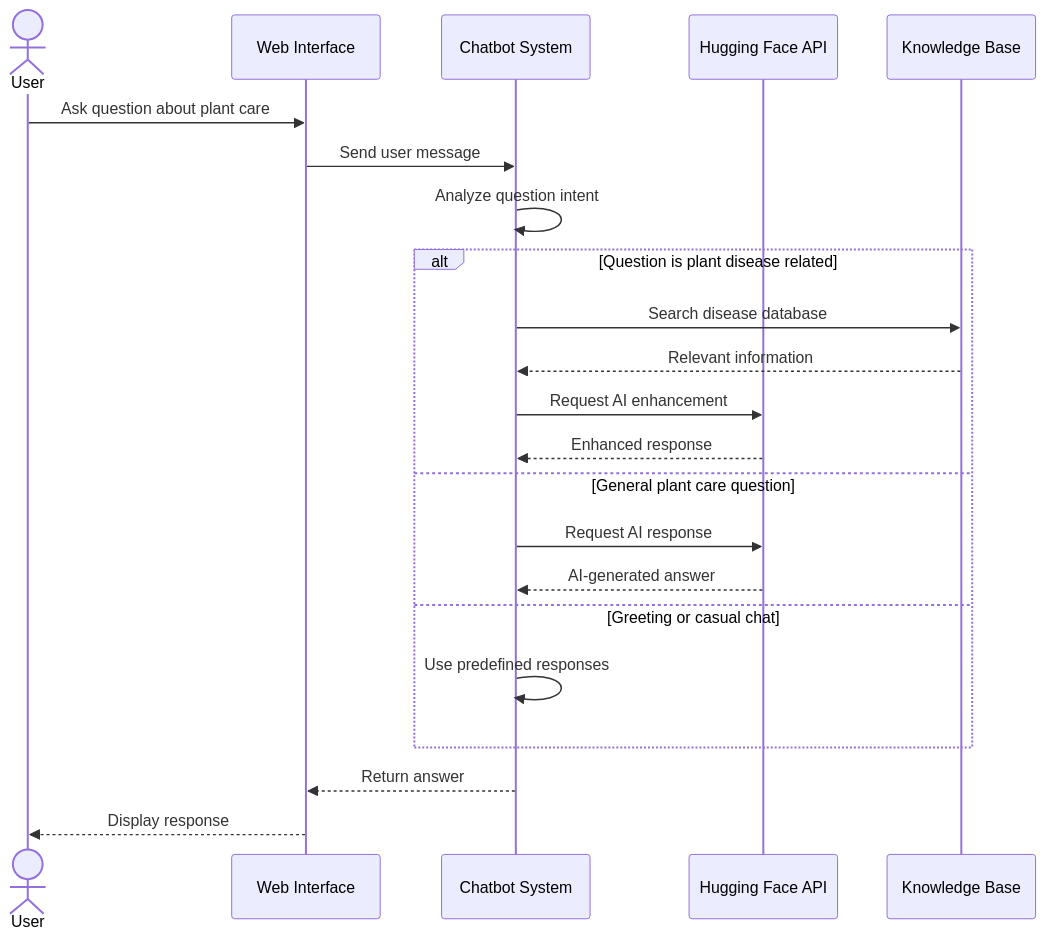
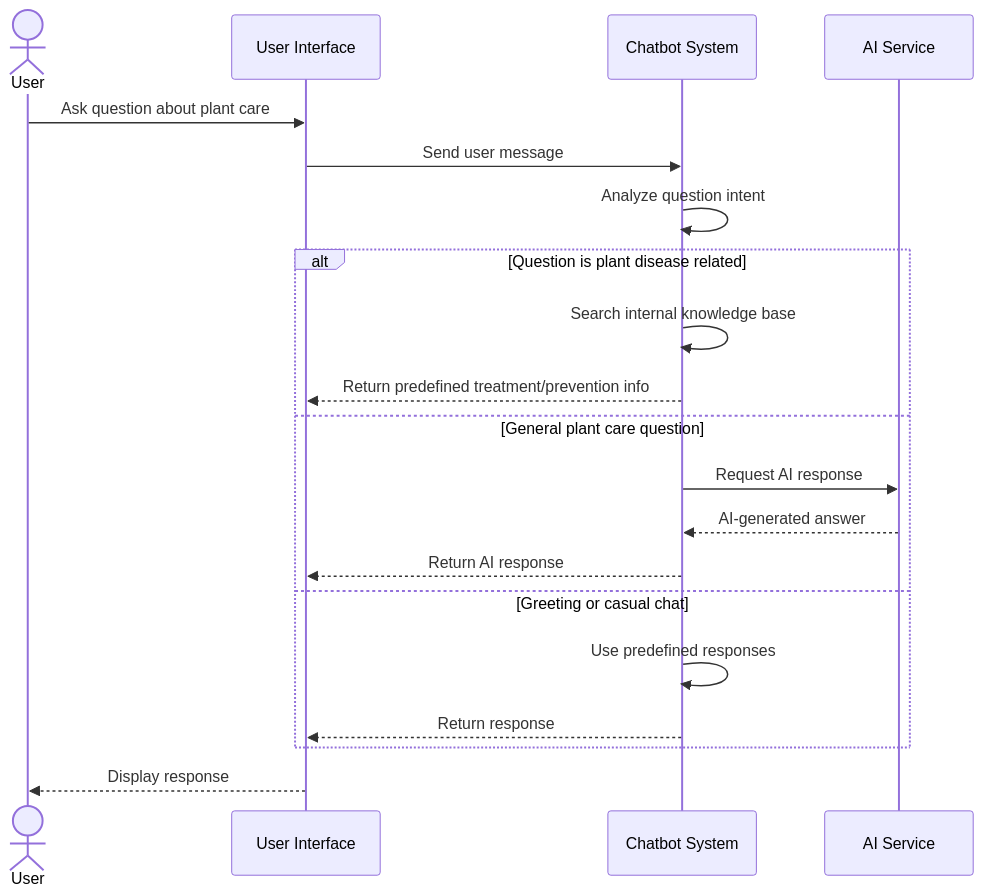
The tenth of 15 diagrams in system documentation.md (abdullah2323442/practice), drawn with Mermaid before and after one commit. The commit also changed other lines of this file, not shown here.

````diff
--- a/system documentation.md
+++ b/system documentation.md
@@ -517,28 +529,26 @@
 ```mermaid
 sequenceDiagram
     actor User
-    participant Web as Web Interface
+    participant Web as User Interface
     participant Chatbot as Chatbot System
-    participant AI as Hugging Face API
-    participant KB as Knowledge Base
+    participant AI as AI Service
     
     User->>Web: Ask question about plant care
     Web->>Chatbot: Send user message
     
     Chatbot->>Chatbot: Analyze question intent
     
     alt Question is plant disease related
-        Chatbot->>KB: Search disease database
-        KB-->>Chatbot: Relevant information
-        Chatbot->>AI: Request AI enhancement
-        AI-->>Chatbot: Enhanced response
+        Chatbot->>Chatbot: Search internal knowledge base
+        Chatbot-->>Web: Return predefined treatment/prevention info
     else General plant care question
         Chatbot->>AI: Request AI response
         AI-->>Chatbot: AI-generated answer
+        Chatbot-->>Web: Return AI response
     else Greeting or casual chat
         Chatbot->>Chatbot: Use predefined responses
+        Chatbot-->>Web: Return response
     end
     
-    Chatbot-->>Web: Return answer
     Web-->>User: Display response
 ```
````
